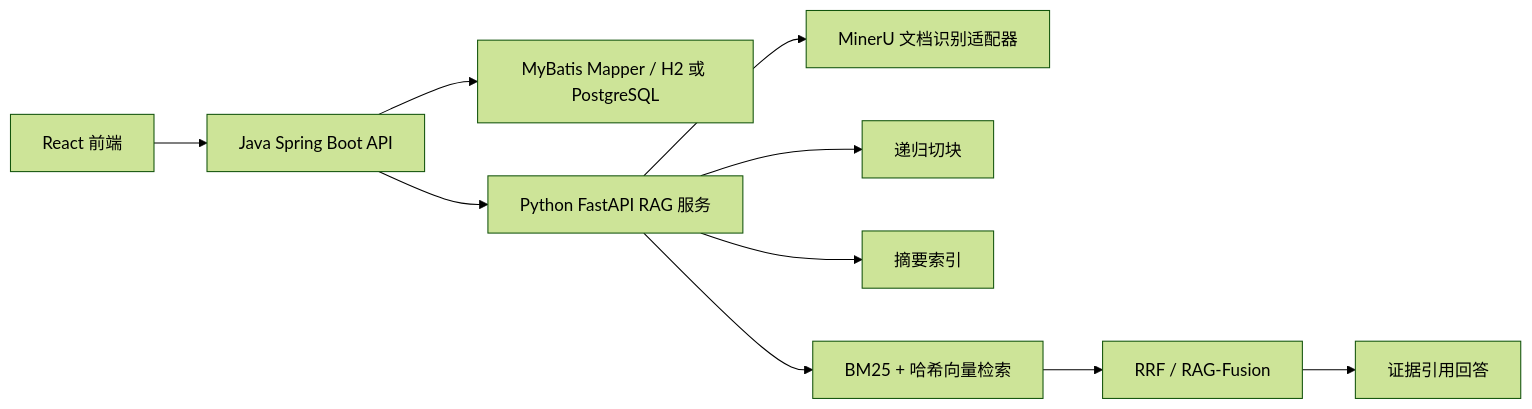
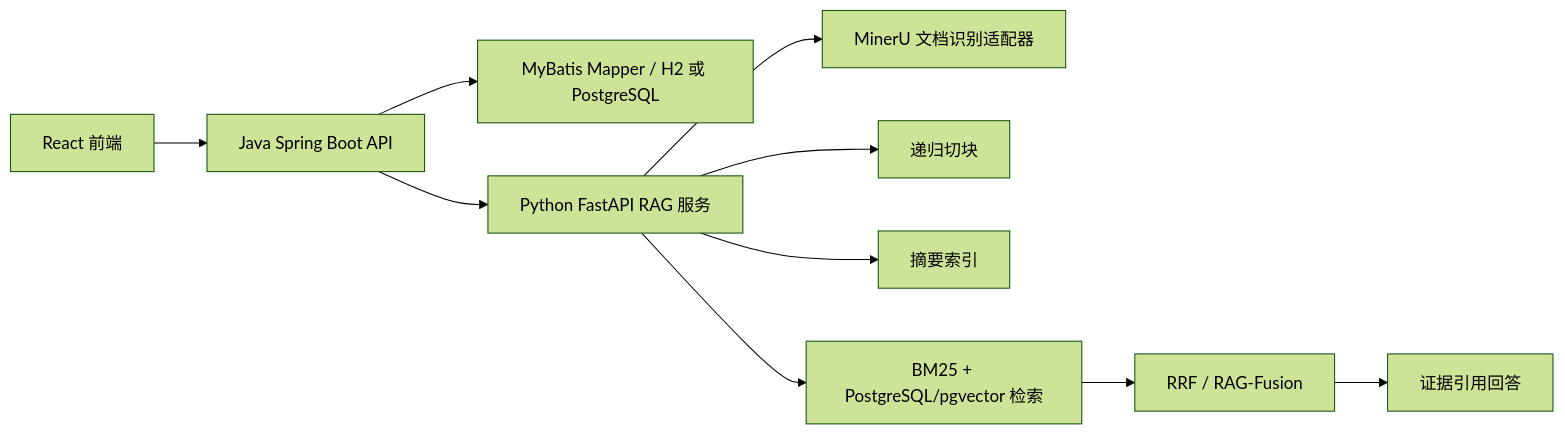
The diagram in docs/architecture/rag-architecture.md (HeWhenJay/Multimodal-RAG-Agent-Learning-Evidence-Platform), drawn with Mermaid (forest theme) before and after one commit. The commit also changed other lines of this file and 11 other files, not shown here.

Commit message:
feat: 接入 PostgreSQL pgvector RAG 仓库

````diff
--- a/docs/architecture/rag-architecture.md
+++ b/docs/architecture/rag-architecture.md
@@ -7,12 +7,12 @@
 ```mermaid
 flowchart LR
     A["React 前端"] --> B["Java Spring Boot API"]
     B --> C["MyBatis Mapper / H2 或 PostgreSQL"]
     B --> D["Python FastAPI RAG 服务"]
     D --> E["MinerU 文档识别适配器"]
     D --> F["递归切块"]
     D --> G["摘要索引"]
-    D --> H["BM25 + 哈希向量检索"]
+    D --> H["BM25 + PostgreSQL/pgvector 检索"]
     H --> I["RRF / RAG-Fusion"]
     I --> J["证据引用回答"]
 ```
````
